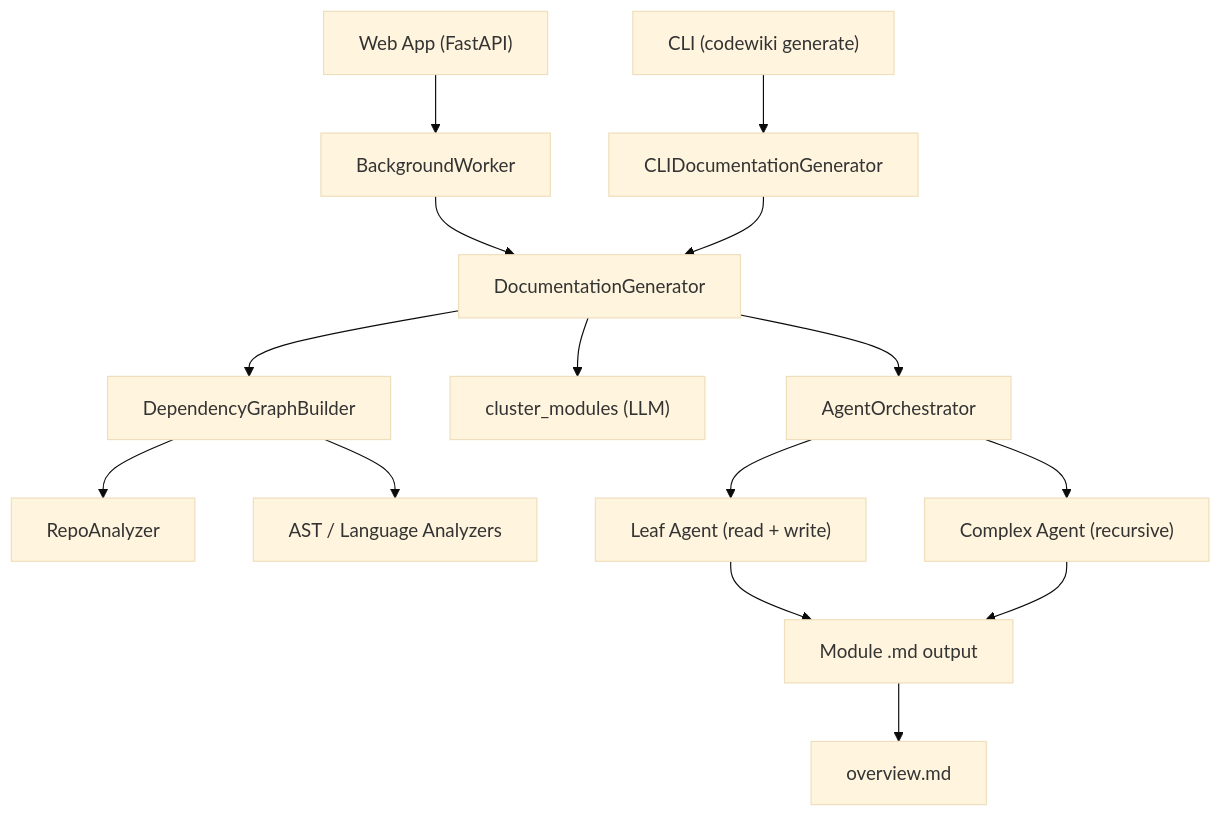
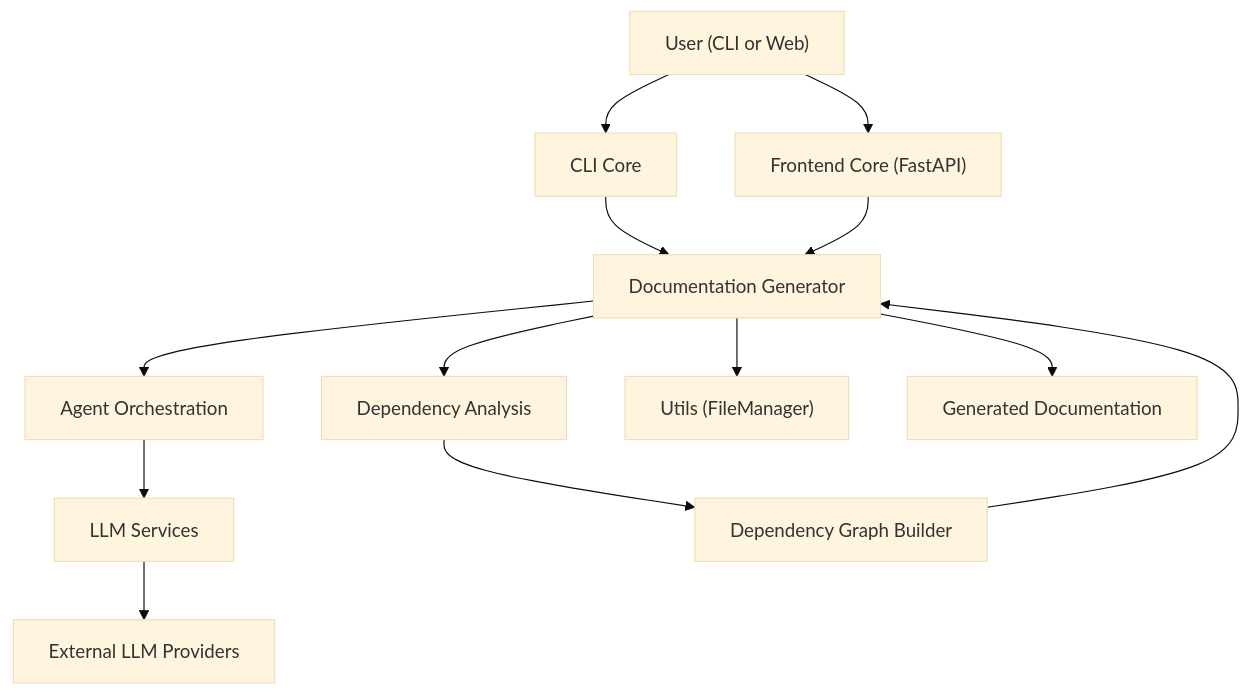
Before and after one commit to flamingo-stack/CodeWiki: the first of 2 diagrams in README.md, drawn with Mermaid (base theme). The commit also changed other lines of this file and 2 other files, not shown here.

Commit message:
docs: Stage 4 - Repository documentation (4 files) [skip ci]

````diff
--- a/README.md
+++ b/README.md
@@ -42,17 +41,20 @@
 ```mermaid
-graph TD
-    CLI["CLI (codewiki generate)"] --> CG["CLIDocumentationGenerator"]
-    WebApp["Web App (FastAPI)"] --> BW["BackgroundWorker"]
-    BW --> DG["DocumentationGenerator"]
-    CG --> DG
-    DG --> DGB["DependencyGraphBuilder"]
-    DG --> CM["cluster_modules (LLM)"]
-    DG --> AO["AgentOrchestrator"]
-    DGB --> RA["RepoAnalyzer"]
-    DGB --> AP["AST / Language Analyzers"]
-    AO --> LA["Leaf Agent (read + write)"]
-    AO --> CA["Complex Agent (recursive)"]
-    LA --> MD["Module .md output"]
-    CA --> MD
-    MD --> OV["overview.md"]
+flowchart TD
+    User["User (CLI or Web)"] --> CLICore["CLI Core"]
+    User --> FECore["Frontend Core (FastAPI)"]
+
+    CLICore --> DocGen["Documentation Generator"]
+    FECore --> DocGen
+
+    DocGen --> DepAnalysis["Dependency Analysis"]
+    DocGen --> AgentOrch["Agent Orchestration"]
+
+    AgentOrch --> LLMSvc["LLM Services"]
+    DepAnalysis --> GraphBuilder["Dependency Graph Builder"]
+    GraphBuilder --> DocGen
+
+    DocGen --> Utils["Utils (FileManager)"]
+    DocGen --> Output["Generated Documentation"]
+
+    LLMSvc --> Provider["External LLM Providers"]
 ```
````
